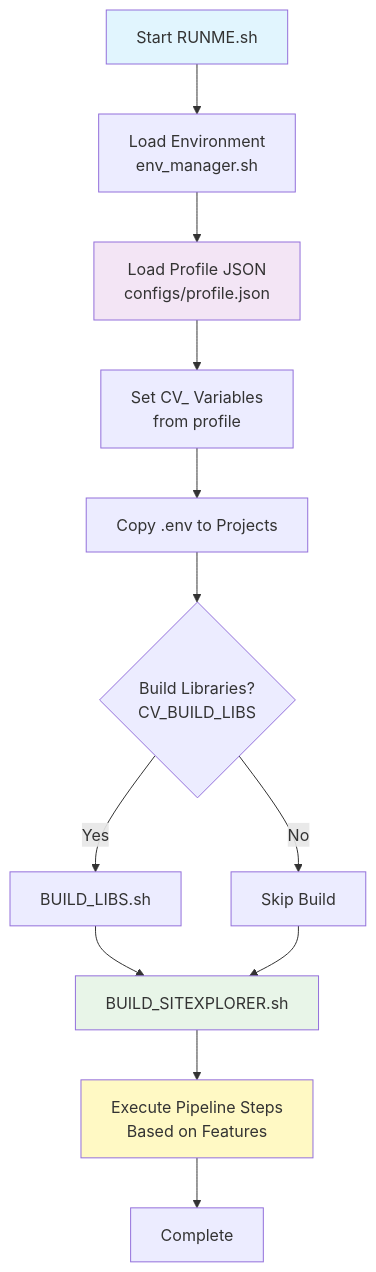
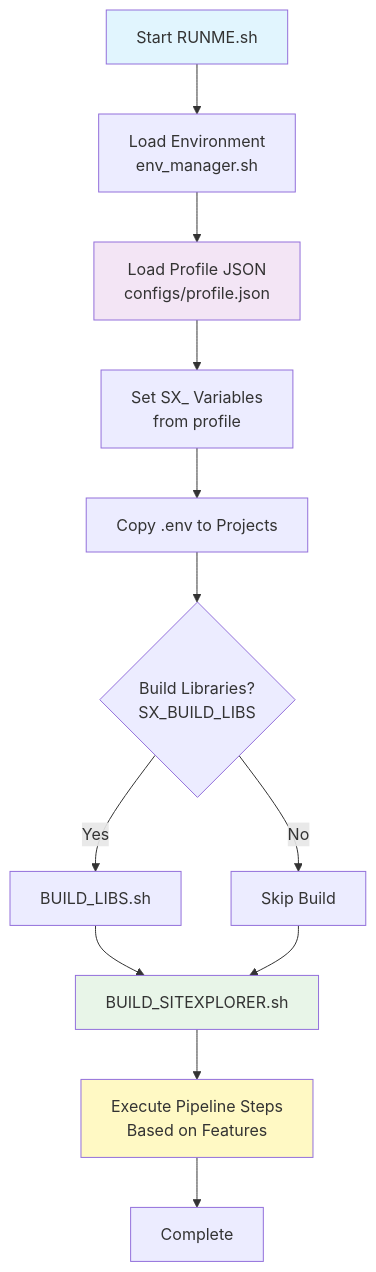
One commit to Skwangles/AT-bus-tracker changed the first of 3 diagrams in README.md. Above: the diagram before and after it, drawn with Mermaid. The commit also changed other lines of this file and 44 other files, not shown here.

````diff
--- a/README.md
+++ b/README.md
@@ -233,19 +233,19 @@
 ```mermaid
 flowchart TD
     A[Start RUNME.sh] --> B[Load Environment<br/>env_manager.sh]
     B --> C[Load Profile JSON<br/>configs/profile.json]
-    C --> D[Set CV_ Variables<br/>from profile]
+    C --> D[Set SX_ Variables<br/>from profile]
     D --> E[Copy .env to Projects]
-    E --> F{Build Libraries?<br/>CV_BUILD_LIBS}
+    E --> F{Build Libraries?<br/>SX_BUILD_LIBS}
     F -->|Yes| G[BUILD_LIBS.sh]
     F -->|No| H[Skip Build]
     G --> I[BUILD_SITEXPLORER.sh]
     H --> I
     I --> J[Execute Pipeline Steps<br/>Based on Features]
     J --> K[Complete]
     
     style A fill:#e1f5fe
     style C fill:#f3e5f5
     style I fill:#e8f5e8
     style J fill:#fff9c4
 ```
````
